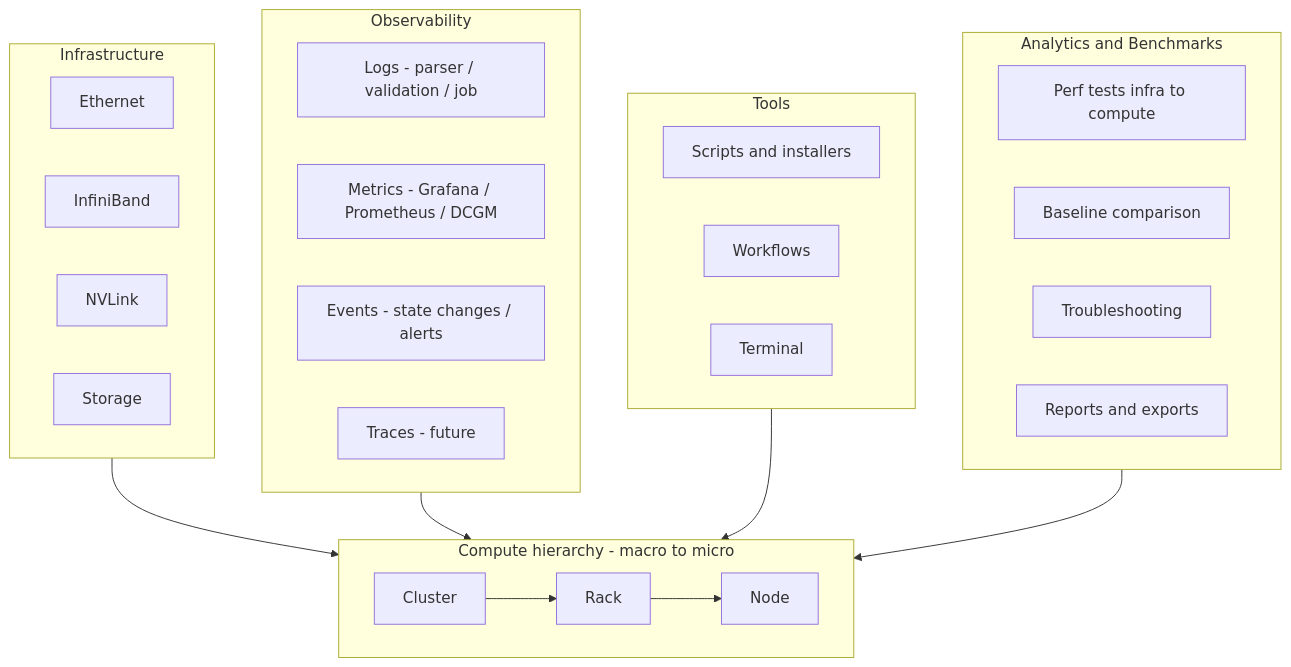
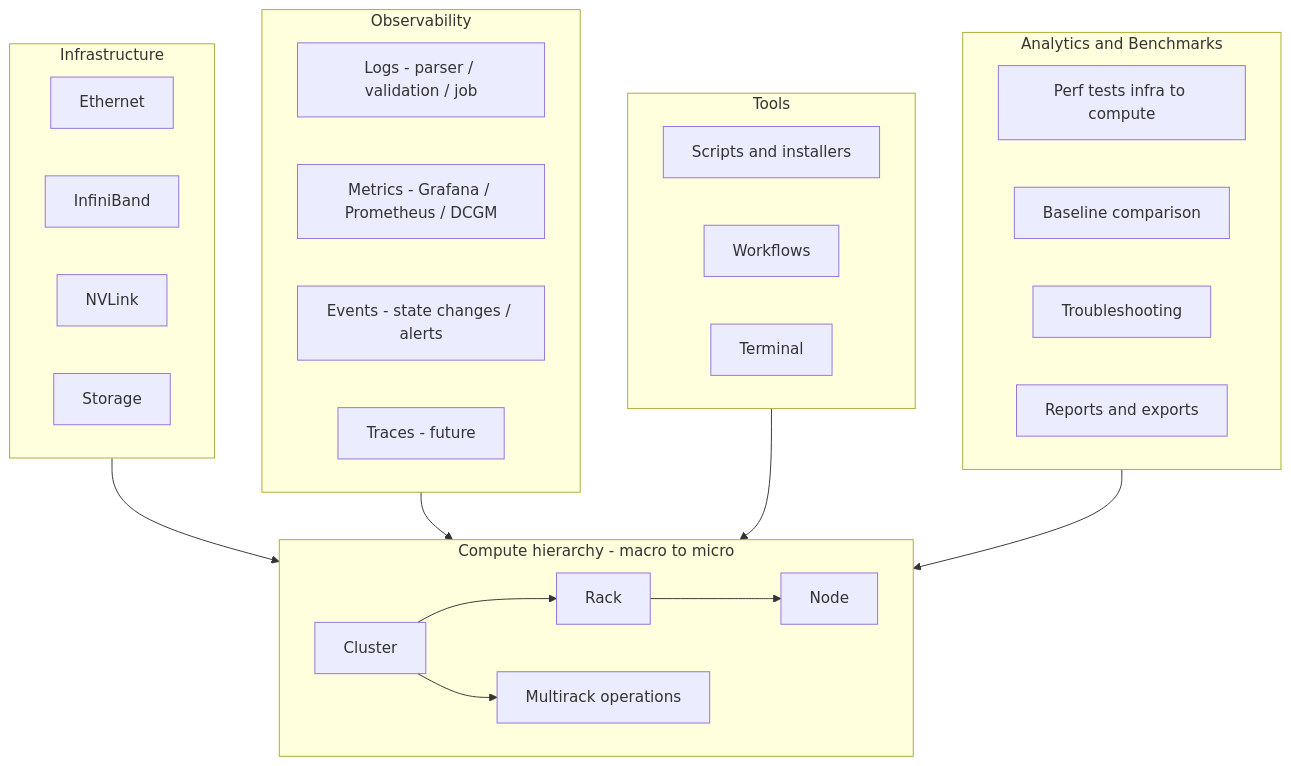
Before and after one commit to dfwguy/rack-status-pythoncm: the second of 7 diagrams in docs/UX_FRAMEWORK.md, drawn with Mermaid. The commit also changed other lines of this file and 99 other files, not shown here.

````diff
--- a/docs/UX_FRAMEWORK.md
+++ b/docs/UX_FRAMEWORK.md
@@ -116,39 +116,40 @@
 ```mermaid
 flowchart TB
   subgraph compute [Compute hierarchy - macro to micro]
     Cluster[Cluster] --> Rack[Rack]
     Rack --> Node[Node]
+    Cluster --> Multi[Multirack operations]
   end
 
   subgraph infra [Infrastructure]
     Eth[Ethernet]
     IB[InfiniBand]
     NVL[NVLink]
     Storage[Storage]
   end
 
   subgraph obs [Observability]
     Logs[Logs - parser / validation / job]
     Metrics[Metrics - Grafana / Prometheus / DCGM]
     Events[Events - state changes / alerts]
     Traces[Traces - future]
   end
 
   subgraph tools [Tools]
     Scripts[Scripts and installers]
     Workflows[Workflows]
     Terminal[Terminal]
   end
 
   subgraph ab [Analytics and Benchmarks]
     Perf[Perf tests infra to compute]
     Baseline[Baseline comparison]
     Triage[Troubleshooting]
     Reports[Reports and exports]
   end
 
   infra --> compute
   obs --> compute
   tools --> compute
   ab --> compute
 ```
````
